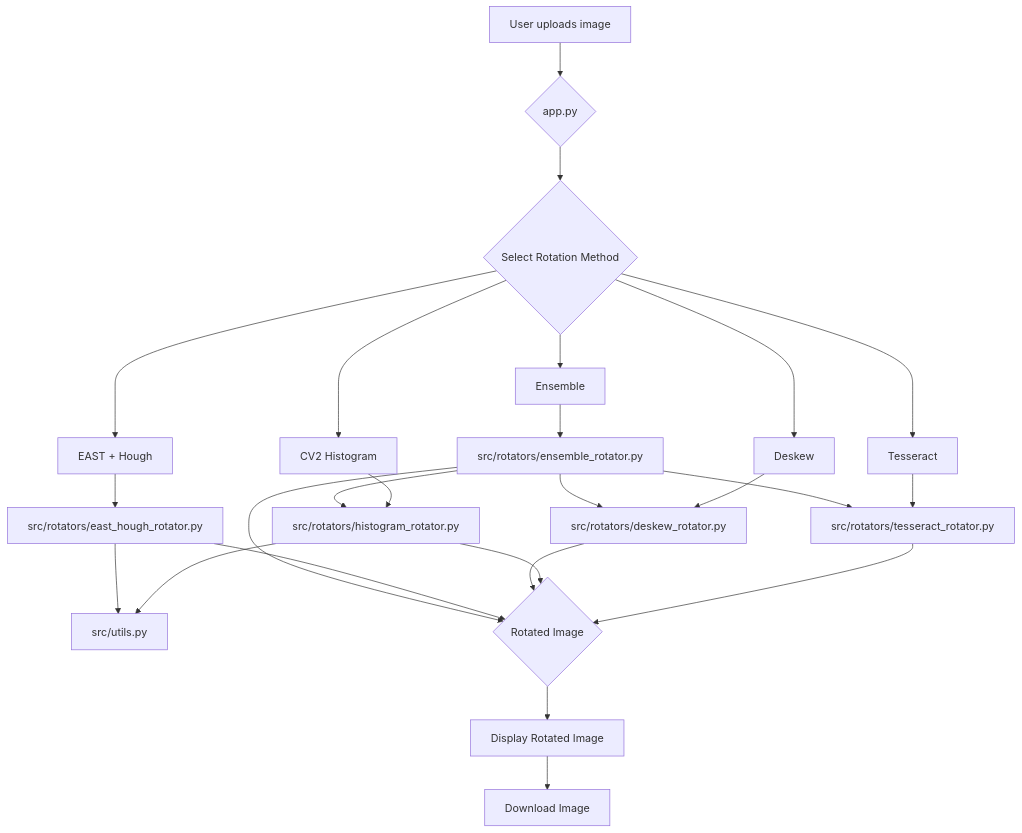
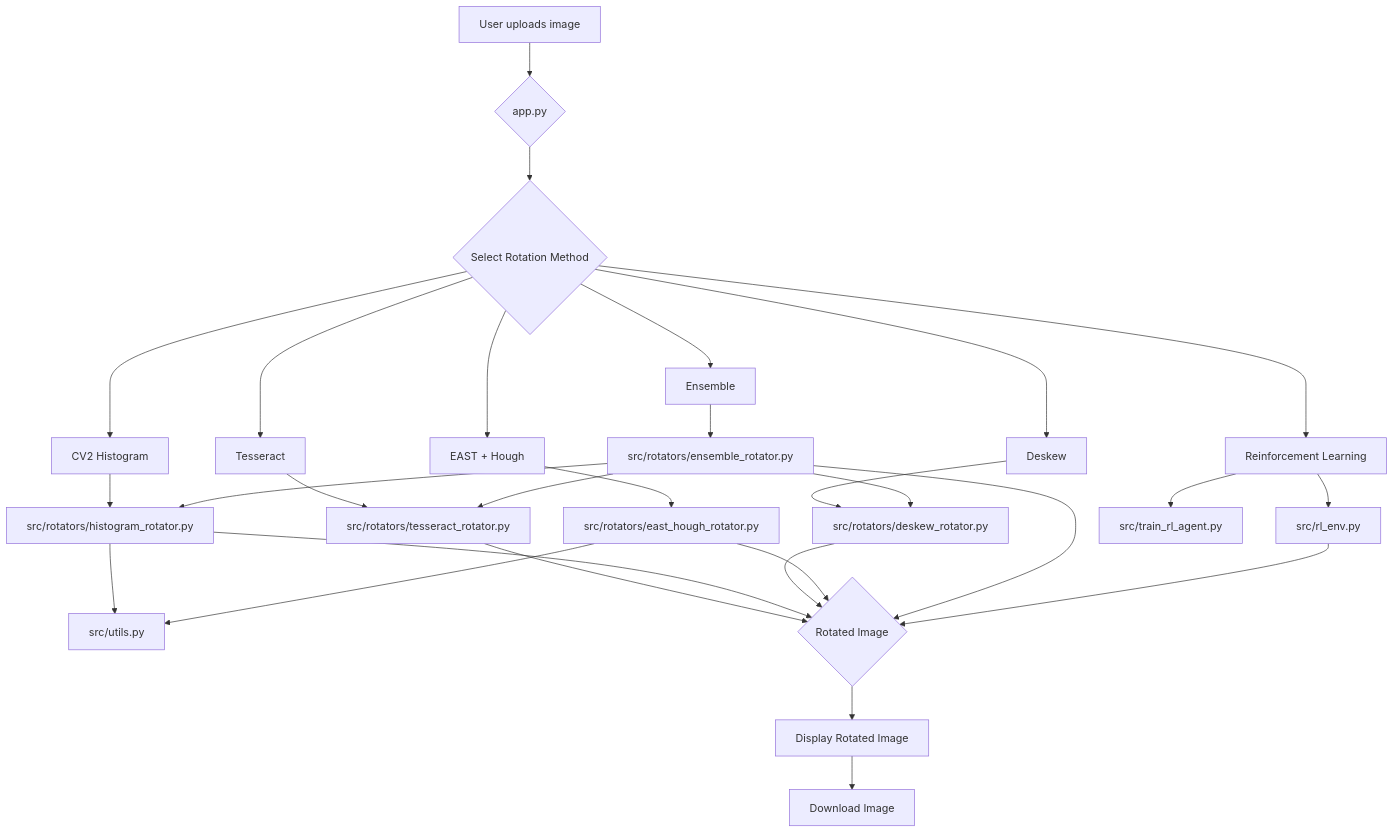
Before and after one commit to djinn09/image_rotate: the diagram in README.md, drawn with Mermaid. The commit also changed other lines of this file and 6 other files, not shown here.

First line of the commit message:
Add reinforcement learning feature

````diff
--- a/README.md
+++ b/README.md
@@ -67,27 +70,31 @@
 ```mermaid
 graph TD
     A[User uploads image] --> B{app.py};
     B --> C{Select Rotation Method};
     C --> D[Tesseract];
     C --> E[CV2 Histogram];
     C --> F[Deskew];
     C --> G[EAST + Hough];
     C --> P[Ensemble];
+    C --> R[Reinforcement Learning];
     D --> H[src/rotators/tesseract_rotator.py];
     E --> I[src/rotators/histogram_rotator.py];
     F --> J[src/rotators/deskew_rotator.py];
     G --> K[src/rotators/east_hough_rotator.py];
     P --> Q[src/rotators/ensemble_rotator.py];
+    R --> S[src/rl_env.py];
+    R --> T[src/train_rl_agent.py];
     I --> L[src/utils.py];
     K --> L;
     Q --> H;
     Q --> I;
     Q --> J;
     H --> M{Rotated Image};
     I --> M;
     J --> M;
     K --> M;
     Q --> M;
+    S --> M;
     M --> N[Display Rotated Image];
     N --> O[Download Image];
 ```
````
